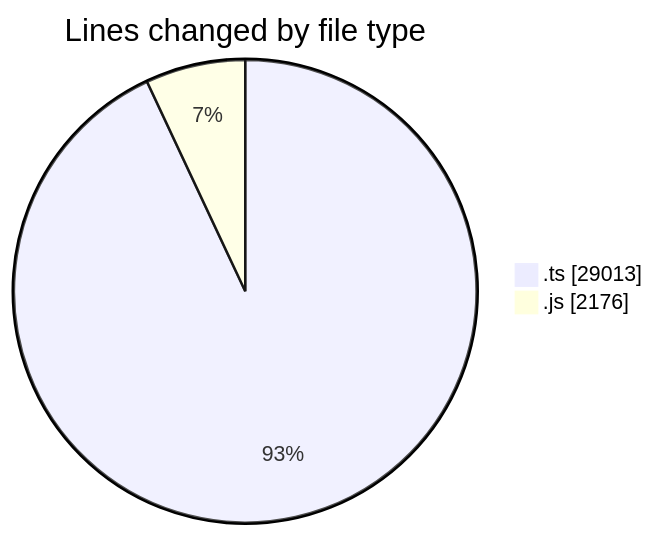
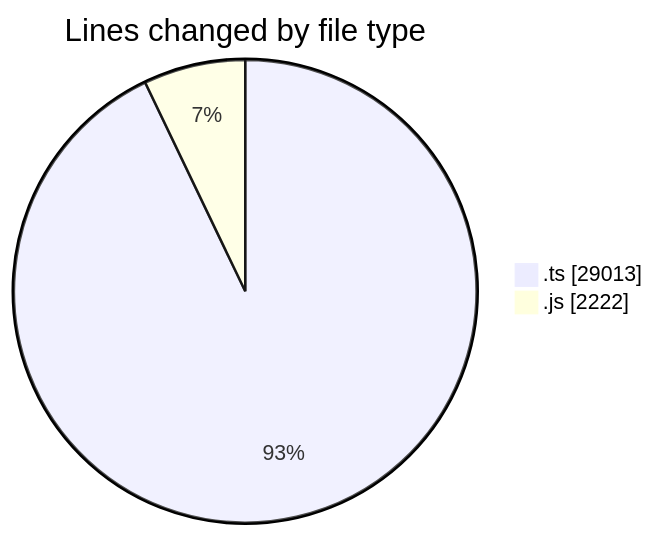
One commit to momahboobian/code-tracking changed the first of 2 diagrams in 2025-06-26/cda/README.md. Above: the diagram before and after it, drawn with Mermaid. The commit also changed other lines of this file and 1 other file, not shown here.

````diff
--- a/2025-06-26/cda/README.md
+++ b/2025-06-26/cda/README.md
@@ -31,6 +31,6 @@
 ```mermaid
 pie showData
 title Lines changed by file type
 ".ts" : 29013
-".js" : 2176
+".js" : 2222
 ```
````
